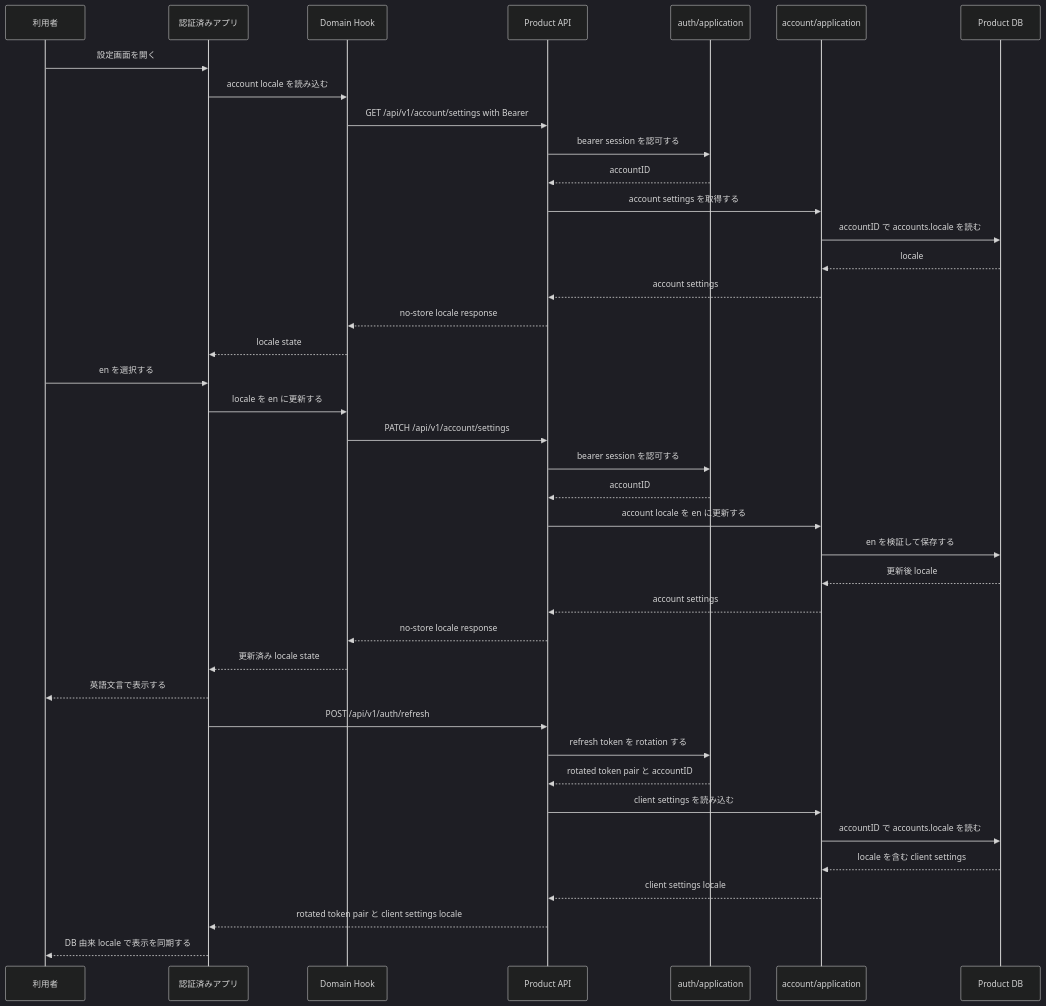
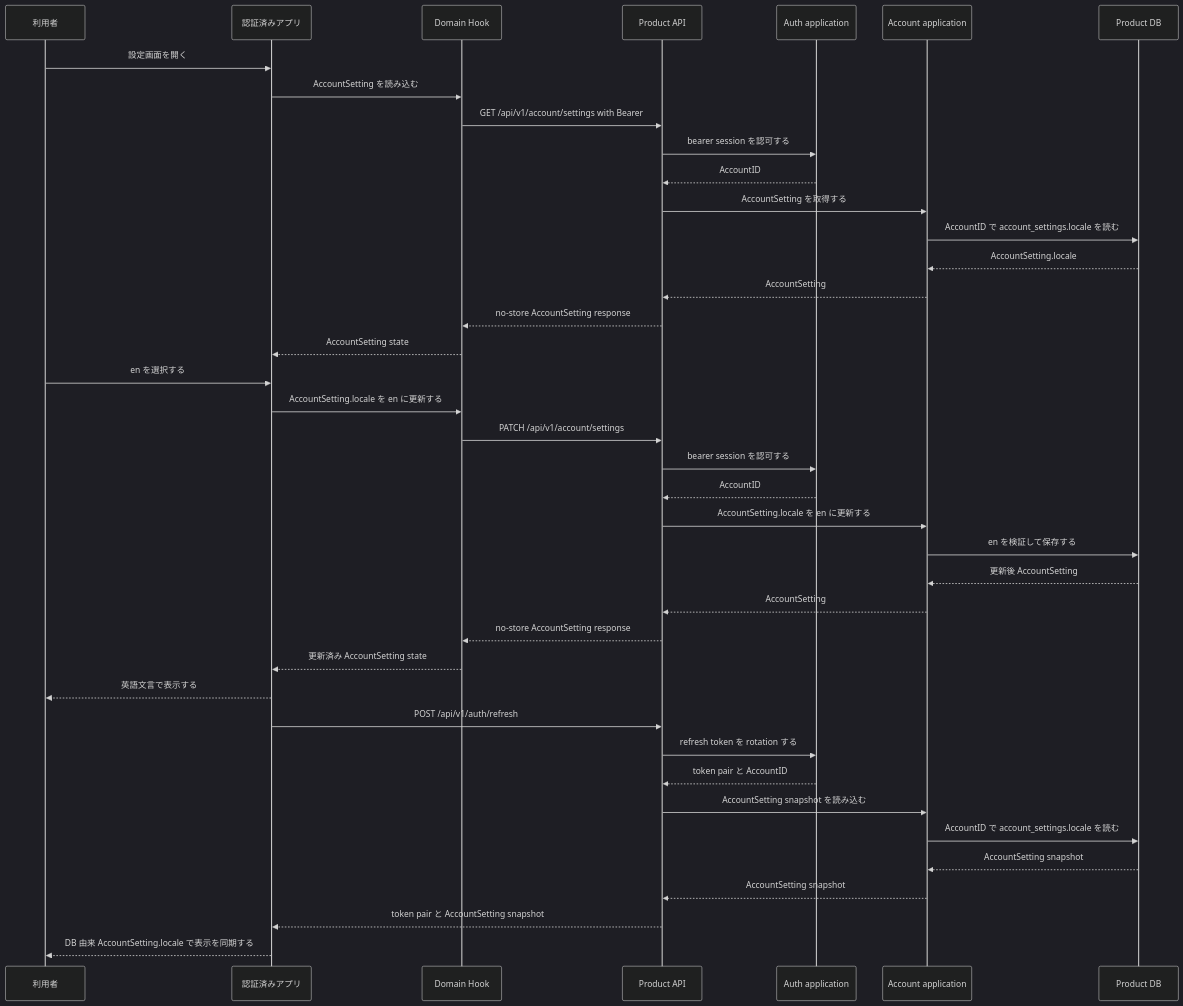
The third of 6 diagrams in openspec/changes/add-default-i18n/design.md (witwire-net/www-template), drawn with Mermaid (dark theme) before and after one commit. The commit also changed other lines of this file and 4 other files, not shown here.

````diff
--- a/openspec/changes/add-default-i18n/design.md
+++ b/openspec/changes/add-default-i18n/design.md
@@ -360,42 +317,42 @@
 ```mermaid
 sequenceDiagram
   participant U as 利用者
   participant A as 認証済みアプリ
   participant D as Domain Hook
   participant API as Product API
-  participant AUTH as auth/application
-  participant ACC as account/application
+  participant AUTH as Auth application
+  participant ACC as Account application
   participant DB as Product DB
   U->>A: 設定画面を開く
-  A->>D: account locale を読み込む
+  A->>D: AccountSetting を読み込む
   D->>API: GET /api/v1/account/settings with Bearer
   API->>AUTH: bearer session を認可する
-  AUTH-->>API: accountID
-  API->>ACC: account settings を取得する
-  ACC->>DB: accountID で accounts.locale を読む
-  DB-->>ACC: locale
-  ACC-->>API: account settings
-  API-->>D: no-store locale response
-  D-->>A: locale state
+  AUTH-->>API: AccountID
+  API->>ACC: AccountSetting を取得する
+  ACC->>DB: AccountID で account_settings.locale を読む
+  DB-->>ACC: AccountSetting.locale
+  ACC-->>API: AccountSetting
+  API-->>D: no-store AccountSetting response
+  D-->>A: AccountSetting state
   U->>A: en を選択する
-  A->>D: locale を en に更新する
+  A->>D: AccountSetting.locale を en に更新する
   D->>API: PATCH /api/v1/account/settings
   API->>AUTH: bearer session を認可する
-  AUTH-->>API: accountID
-  API->>ACC: account locale を en に更新する
+  AUTH-->>API: AccountID
+  API->>ACC: AccountSetting.locale を en に更新する
   ACC->>DB: en を検証して保存する
-  DB-->>ACC: 更新後 locale
-  ACC-->>API: account settings
-  API-->>D: no-store locale response
-  D-->>A: 更新済み locale state
+  DB-->>ACC: 更新後 AccountSetting
+  ACC-->>API: AccountSetting
+  API-->>D: no-store AccountSetting response
+  D-->>A: 更新済み AccountSetting state
   A-->>U: 英語文言で表示する
   A->>API: POST /api/v1/auth/refresh
   API->>AUTH: refresh token を rotation する
-  AUTH-->>API: rotated token pair と accountID
-  API->>ACC: client settings を読み込む
-  ACC->>DB: accountID で accounts.locale を読む
-  DB-->>ACC: locale を含む client settings
-  ACC-->>API: client settings locale
-  API-->>A: rotated token pair と client settings locale
-  A-->>U: DB 由来 locale で表示を同期する
+  AUTH-->>API: token pair と AccountID
+  API->>ACC: AccountSetting snapshot を読み込む
+  ACC->>DB: AccountID で account_settings.locale を読む
+  DB-->>ACC: AccountSetting snapshot
+  ACC-->>API: AccountSetting snapshot
+  API-->>A: token pair と AccountSetting snapshot
+  A-->>U: DB 由来 AccountSetting.locale で表示を同期する
 ```
````
